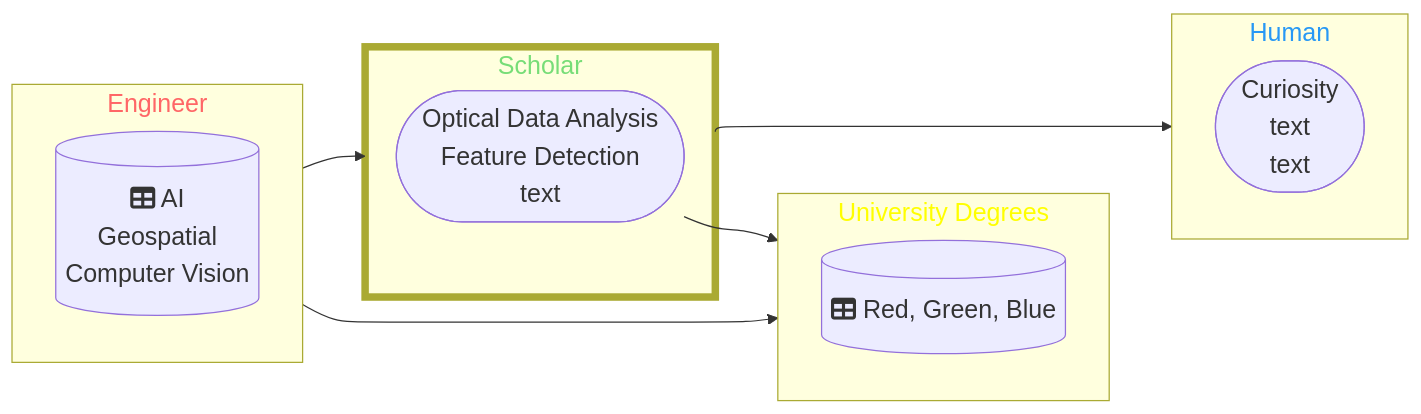
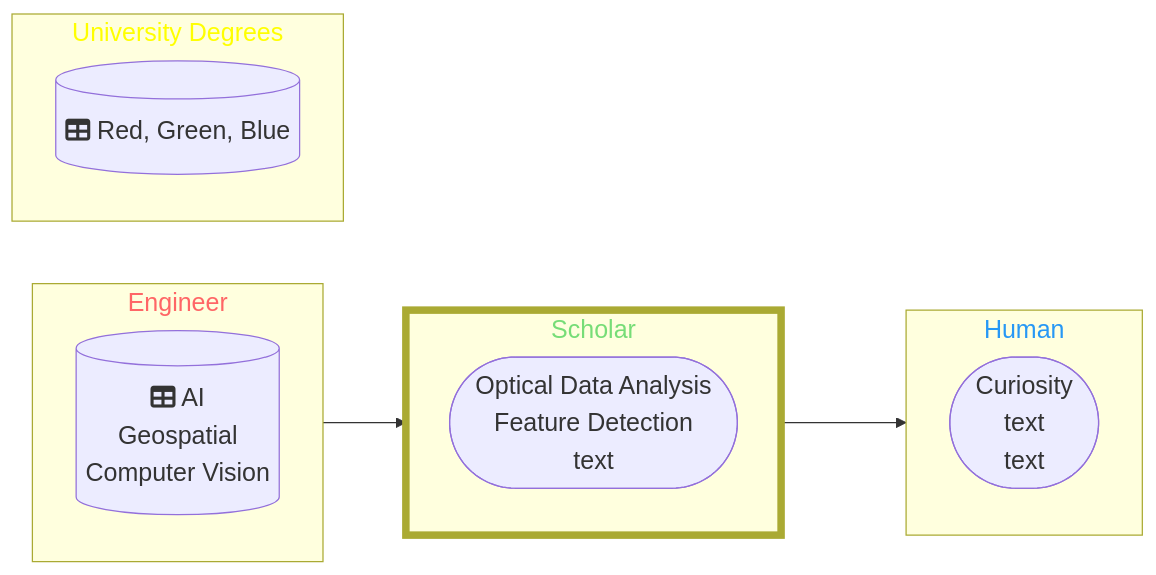
Before and after one commit to DippoldEJ/DippoldEJ: the diagram in README.md, drawn with Mermaid.

````diff
--- a/README.md
+++ b/README.md
@@ -3,36 +3,35 @@
 ```mermaid
 flowchart LR;
 %%{init: {
 	'themeVariables': { 'fontSize': '20px', 'fontFamily': 'Didot'}
 	}
 }%%
 
 subgraph n[Engineer]
         b[(fa:fa-table AI <br> Geospatial <br> Computer Vision)]
     end
 
 subgraph o[Scholar]
         j([Optical Data Analysis <br> Feature Detection <br> text])
 
     end
 
  subgraph p[Human]
     a([Curiosity <br /> text  <br />  text])
     end
 
  subgraph h[University Degrees]
 direction TD;
         r[(fa:fa-table Red, Green, Blue)]
     end
 
 style n color:#f66
 style o stroke-width:6px
 style o color:#77DD77
 style p color:#2798F5
 style h color:#FFFF00
 
 n-->o
 o-->p
-j-->r
-n-->r
+
 ```
````
